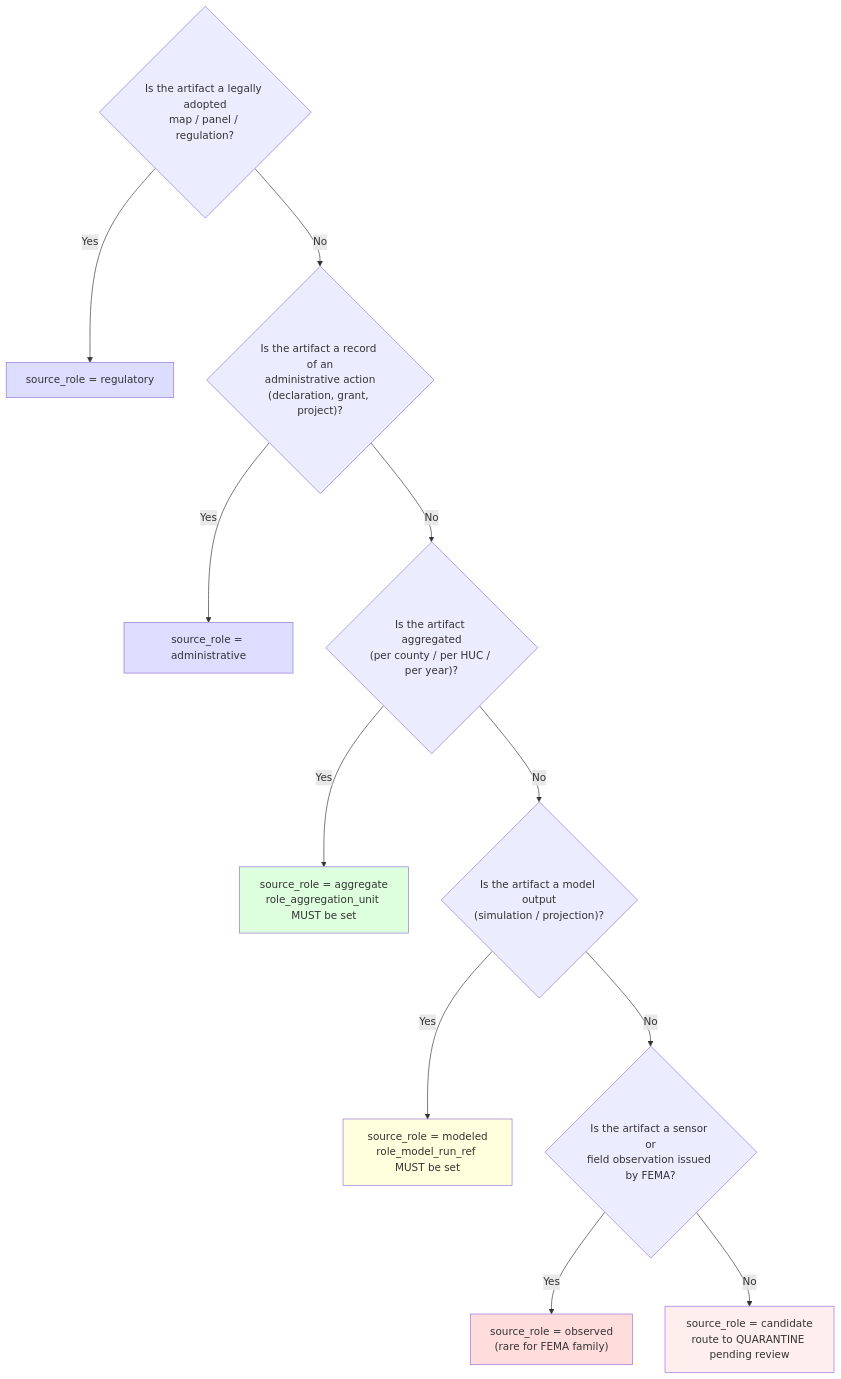
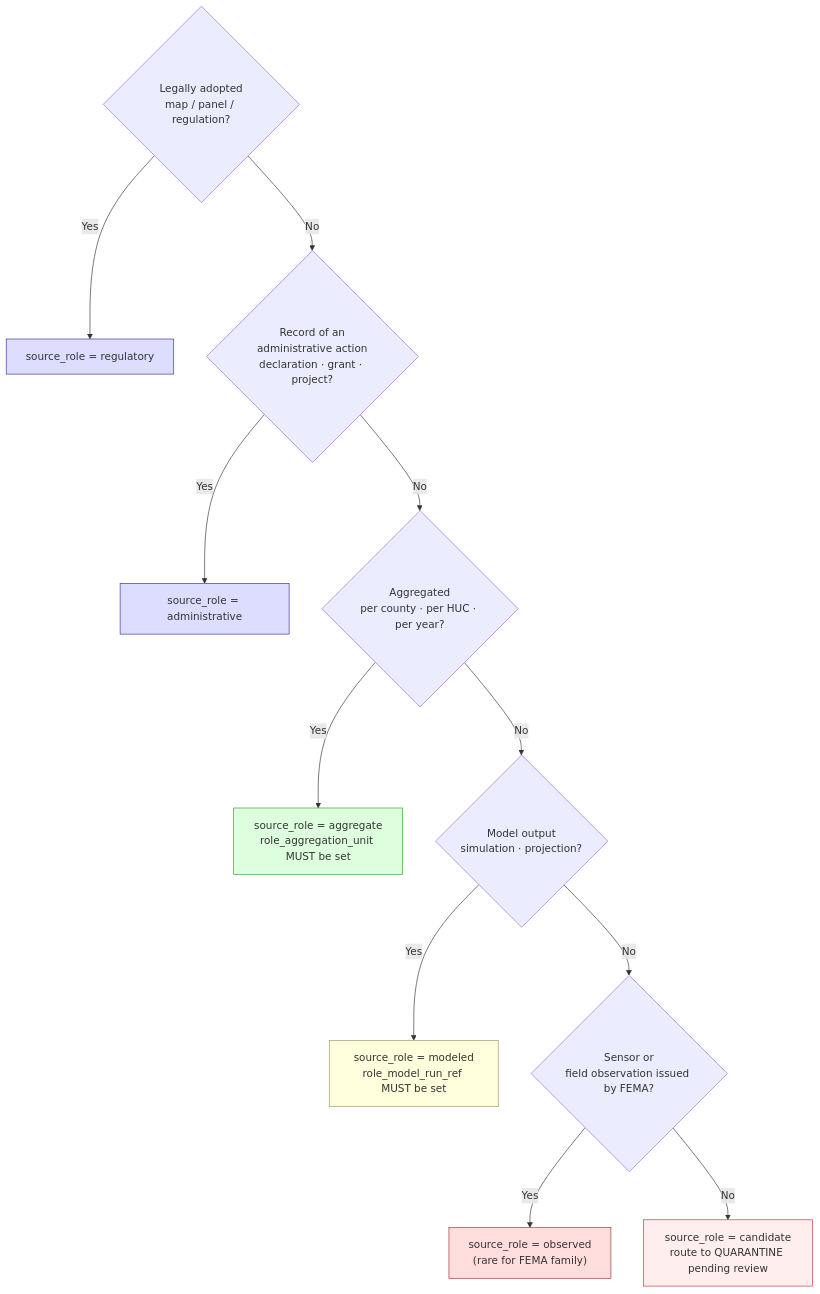
One commit to bartytime4life/Kansas-Frontier-Matrix changed the fourth of 4 diagrams in docs/sources/catalog/fema/README.md. Above: the diagram before and after it, drawn with Mermaid. The commit also changed other lines of this file, not shown here.

````diff
--- a/docs/sources/catalog/fema/README.md
+++ b/docs/sources/catalog/fema/README.md
@@ -439,20 +484,24 @@
 ```mermaid
 flowchart TD
-    Q1{"Is the artifact a legally adopted<br/>map / panel / regulation?"} -- Yes --> REG[source_role = regulatory]
-    Q1 -- No --> Q2{"Is the artifact a record of an<br/>administrative action<br/>(declaration, grant, project)?"}
+    Q1{"Legally adopted<br/>map / panel / regulation?"} -- Yes --> REG[source_role = regulatory]
+    Q1 -- No --> Q2{"Record of an<br/>administrative action<br/>declaration · grant · project?"}
     Q2 -- Yes --> ADM[source_role = administrative]
-    Q2 -- No --> Q3{"Is the artifact aggregated<br/>(per county / per HUC / per year)?"}
-    Q3 -- Yes --> AGG[source_role = aggregate<br/>role_aggregation_unit MUST be set]
-    Q3 -- No --> Q4{"Is the artifact a model output<br/>(simulation / projection)?"}
-    Q4 -- Yes --> MOD[source_role = modeled<br/>role_model_run_ref MUST be set]
-    Q4 -- No --> Q5{"Is the artifact a sensor or<br/>field observation issued by FEMA?"}
+    Q2 -- No --> Q3{"Aggregated<br/>per county · per HUC · per year?"}
+    Q3 -- Yes --> AGG["source_role = aggregate<br/>role_aggregation_unit MUST be set"]
+    Q3 -- No --> Q4{"Model output<br/>simulation · projection?"}
+    Q4 -- Yes --> MOD["source_role = modeled<br/>role_model_run_ref MUST be set"]
+    Q4 -- No --> Q5{"Sensor or<br/>field observation issued by FEMA?"}
     Q5 -- Yes --> OBS["source_role = observed<br/>(rare for FEMA family)"]
-    Q5 -- No --> CAND[source_role = candidate<br/>route to QUARANTINE pending review]
+    Q5 -- No --> CAND["source_role = candidate<br/>route to QUARANTINE pending review"]
 
-    style REG fill:#ddf
-    style ADM fill:#ddf
-    style AGG fill:#dfd
-    style MOD fill:#ffd
-    style OBS fill:#fdd
-    style CAND fill:#fee
+    classDef reg fill:#ddf,stroke:#339
+    classDef agg fill:#dfd,stroke:#393
+    classDef mod fill:#ffd,stroke:#996
+    classDef obs fill:#fdd,stroke:#933
+    classDef cand fill:#fee,stroke:#c33
+    class REG,ADM reg
+    class AGG agg
+    class MOD mod
+    class OBS obs
+    class CAND cand
 ```
````
